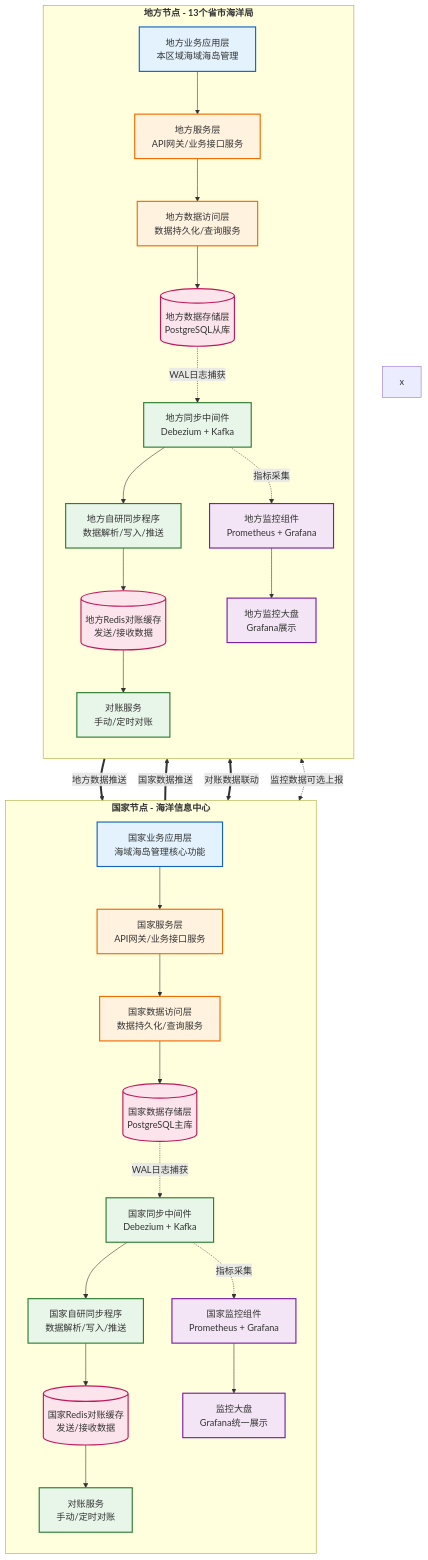
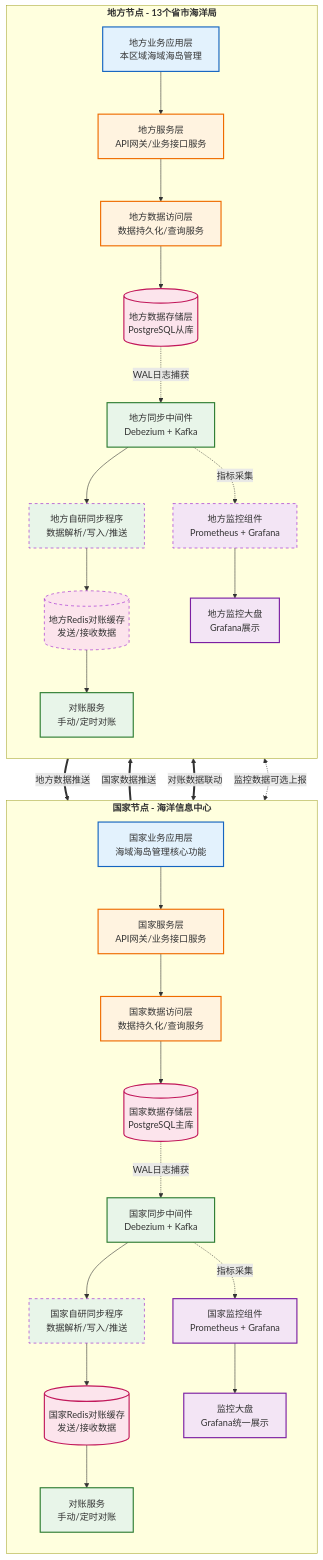
The diagram in all/未命名-1.md (MyJohn2/iodraw-files), drawn with Mermaid before and after one commit.

Commit message:
2026-03-03 18:50:41 update

````diff
--- a/all/未命名-1.md
+++ b/all/未命名-1.md
@@ -1,71 +1,71 @@
 ```mermaid
 flowchart TD
     %% 定义样式
     classDef app fill:#e3f2fd,stroke:#1565c0,stroke-width:2px;
     classDef service fill:#fff3e0,stroke:#ef6c00,stroke-width:2px;
     classDef data fill:#fce4ec,stroke:#c2185b,stroke-width:2px;
     classDef sync fill:#e8f5e9,stroke:#2e7d32,stroke-width:2px;
     classDef monitor fill:#f3e5f5,stroke:#7b1fa2,stroke-width:2px;
-   x
+    classDef linkLine stroke:#950DCD,stroke-width:1px,stroke-dasharray: 5 5;
 
     %% 国家节点 - 修复了标题括号问题
     subgraph NationNode [<B>国家节点 - 海洋信息中心]
         direction TB
         A1[国家业务应用层<br/>海域海岛管理核心功能]:::app
         B1[国家服务层<br/>API网关/业务接口服务]:::service
         C1[国家数据访问层<br/>数据持久化/查询服务]:::service
         D1[(国家数据存储层<br/>PostgreSQL主库)]:::data
         E1[国家同步中间件<br/>Debezium + Kafka]:::sync
         F1[国家自研同步程序<br/>数据解析/写入/推送]:::sync
         G1[(国家Redis对账缓存<br/>发送/接收数据)]:::data
         H1[国家监控组件<br/>Prometheus + Grafana]:::monitor
         I1[对账服务<br/>手动/定时对账]:::sync
         J1[监控大盘<br/>Grafana统一展示]:::monitor
 
         A1 --> B1
         B1 --> C1
         C1 --> D1
         D1 -.->|WAL日志捕获 | E1
         E1 --> F1
         F1 --> G1
         E1 -.->|指标采集 | H1
         G1 --> I1
         H1 --> J1
     end
     
     %% 地方节点 - 修复了标题括号问题
     subgraph LocalNode [<B>地方节点 - 13个省市海洋局]
         direction TB
         A2[地方业务应用层<br/>本区域海域海岛管理]:::app
         B2[地方服务层<br/>API网关/业务接口服务]:::service
         C2[地方数据访问层<br/>数据持久化/查询服务]:::service
         D2[(地方数据存储层<br/>PostgreSQL从库)]:::data
         E2[地方同步中间件<br/>Debezium + Kafka]:::sync
         F2[地方自研同步程序<br/>数据解析/写入/推送]:::sync
         G2[(地方Redis对账缓存<br/>发送/接收数据)]:::data
         H2[地方监控组件<br/>Prometheus + Grafana]:::monitor
         I2[对账服务<br/>手动/定时对账]:::sync
         J2[地方监控大盘<br/>Grafana展示]:::monitor
 
         A2 --> B2
         B2 --> C2
         C2 --> D2
         D2 -.->|WAL日志捕获 | E2
         E2 --> F2
         F2 --> G2
         E2 -.->|指标采集 | H2
         G2 --> I2
         H2 --> J2
     end
     
     %% 跨节点交互
     E2 ==>|地方数据推送 | F1:::linkLine
     E1 ==>|国家数据推送 | F2:::linkLine
     G1 <==>|对账数据联动 | G2:::linkLine
     H1 <-.->|监控数据可选上报 | H2:::linkLine
     
 
 
 
 
 ```
````
